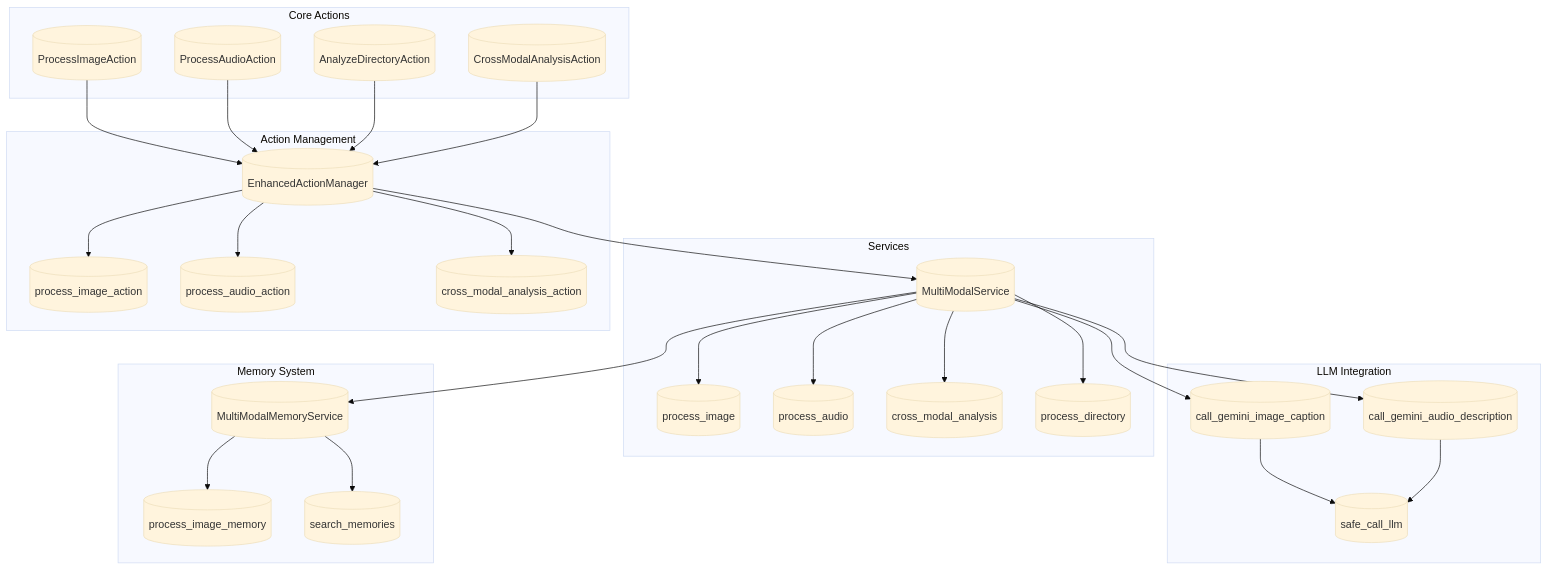
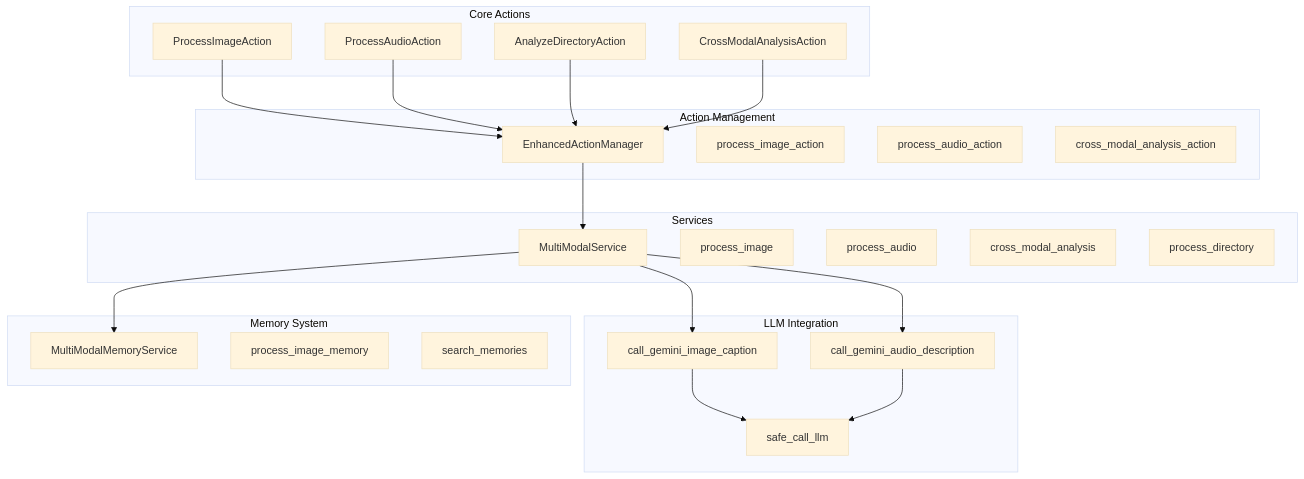
One commit to Likhithsai2580/RAVANA-WIKI changed the diagram in docs/Action System/Multi-modal Actions.md. Above: the diagram before and after it, drawn with Mermaid (base theme). The commit also changed 78 other files, not shown here.

````diff
--- a/docs/Action System/Multi-modal Actions.md
+++ b/docs/Action System/Multi-modal Actions.md
@@ -22,57 +22,48 @@
 ```mermaid
 graph TB
     subgraph "Core Actions"
-        A[("ProcessImageAction")]
-        B[("ProcessAudioAction")]
-        C[("AnalyzeDirectoryAction")]
-        D[("CrossModalAnalysisAction")]
+        A[ProcessImageAction]
+        B[ProcessAudioAction]
+        C[AnalyzeDirectoryAction]
+        D[CrossModalAnalysisAction]
     end
     
     subgraph "Services"
-        E[("MultiModalService")]
-        F[("process_image")]
-        G[("process_audio")]
-        H[("cross_modal_analysis")]
-        I[("process_directory")]
+        E[MultiModalService]
+        F[process_image]
+        G[process_audio]
+        H[cross_modal_analysis]
+        I[process_directory]
     end
     
     subgraph "Action Management"
-        J[("EnhancedActionManager")]
-        K[("process_image_action")]
-        L[("process_audio_action")]
-        M[("cross_modal_analysis_action")]
+        J[EnhancedActionManager]
+        K[process_image_action]
+        L[process_audio_action]
+        M[cross_modal_analysis_action]
     end
     
     subgraph "LLM Integration"
-        N[("call_gemini_image_caption")]
-        O[("call_gemini_audio_description")]
-        P[("safe_call_llm")]
+        N[call_gemini_image_caption]
+        O[call_gemini_audio_description]
+        P[safe_call_llm]
     end
     
     subgraph "Memory System"
-        Q[("MultiModalMemoryService")]
-        R[("process_image_memory")]
-        S[("search_memories")]
+        Q[MultiModalMemoryService]
+        R[process_image_memory]
+        S[search_memories]
     end
     
     A --> J
     B --> J
     C --> J
     D --> J
     J --> E
     E --> N
     E --> O
     N --> P
     O --> P
     E --> Q
-    J --> K
-    J --> L
-    J --> M
-    E --> F
-    E --> G
-    E --> H
-    E --> I
-    Q --> R
-    Q --> S
-
+    J
 ```
````
